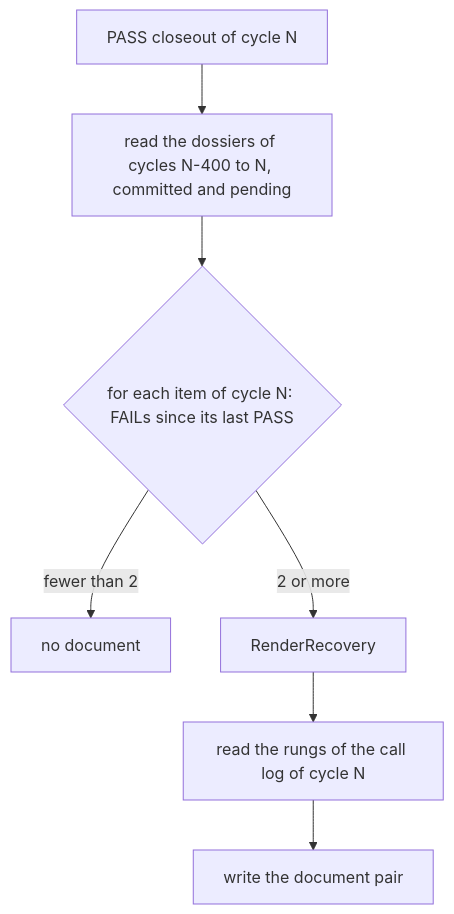
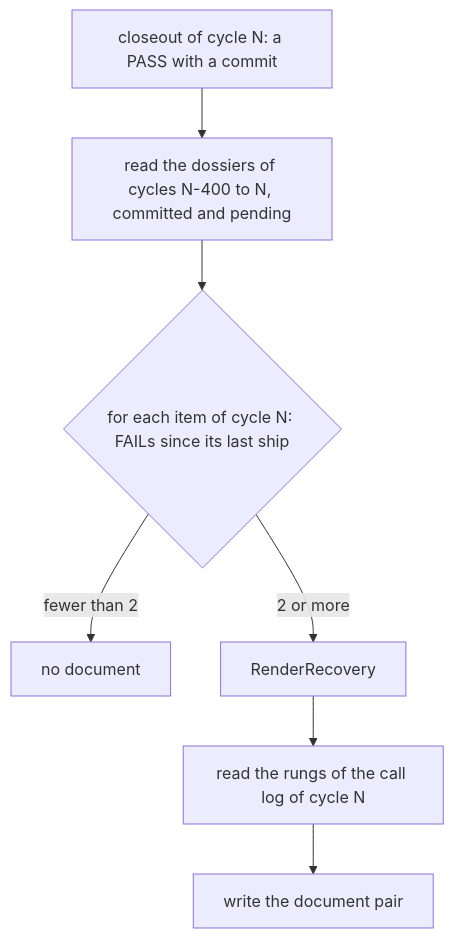
Before and after one commit to mickeyyaya/evolve-loop: the diagram in docs/architecture/recovery-retrospective.md, drawn with Mermaid. The commit also changed other lines of this file and 17 other files, not shown here.

First line of the commit message:
fix: a recovery needs a ship with a commit, and each retrospective write is create-only

````diff
--- a/docs/architecture/recovery-retrospective.md
+++ b/docs/architecture/recovery-retrospective.md
@@ -50,9 +57,9 @@
 ```mermaid
 flowchart TD
-  P[PASS closeout of cycle N] --> H[read the dossiers of cycles N-400 to N, committed and pending]
-  H --> T{for each item of cycle N: FAILs since its last PASS}
+  P[closeout of cycle N: a PASS with a commit] --> H[read the dossiers of cycles N-400 to N, committed and pending]
+  H --> T{for each item of cycle N: FAILs since its last ship}
   T -->|fewer than 2| X[no document]
   T -->|2 or more| R[RenderRecovery]
   R --> L[read the rungs of the call log of cycle N]
   L --> W[write the document pair]
 ```
````
